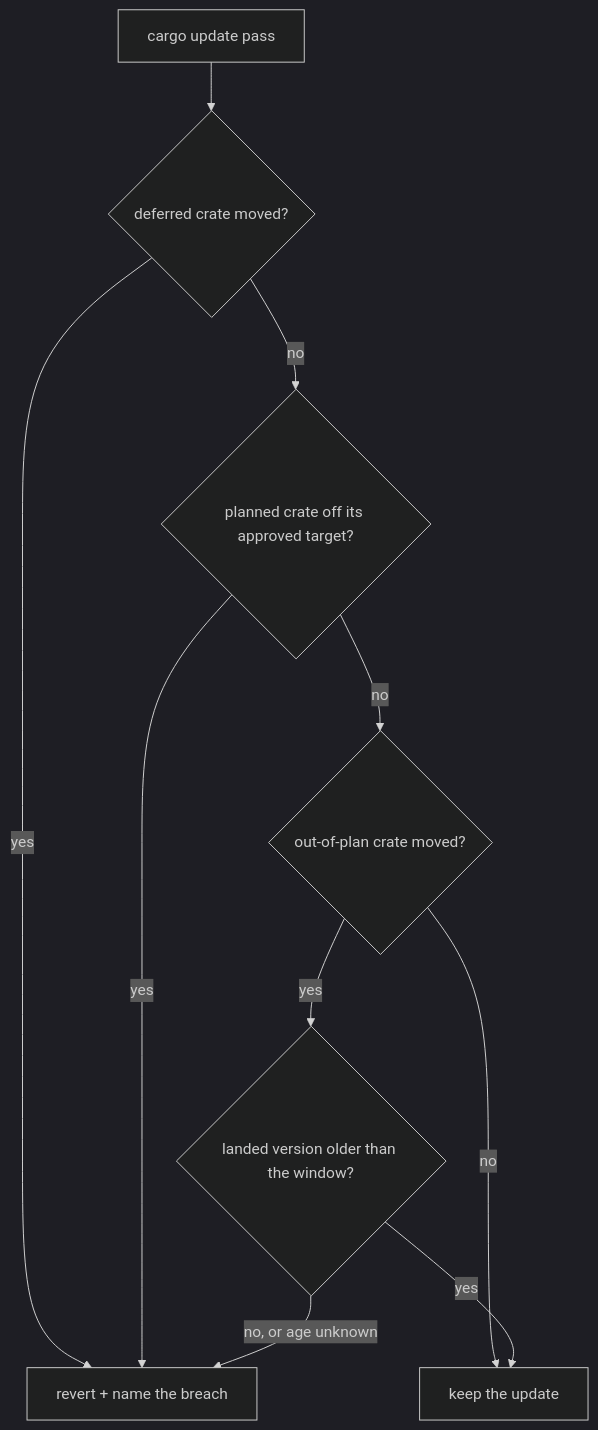
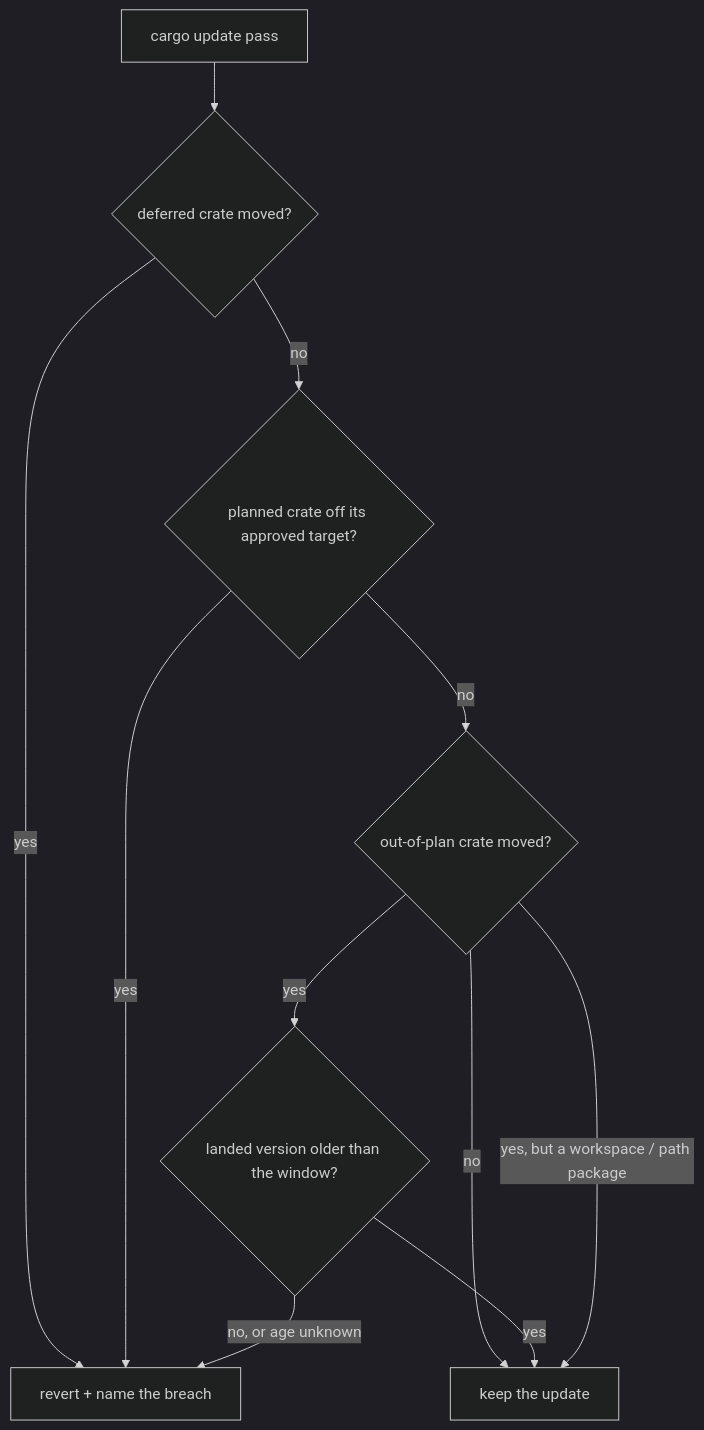
Before and after one commit to stSoftwareAU/NEAT-AI-core: the first of 4 diagrams in SECURITY.md, drawn with Mermaid (dark theme). The commit also changed other lines of this file and 3 other files, not shown here.

````diff
--- a/SECURITY.md
+++ b/SECURITY.md
@@ -149,12 +158,13 @@
 ```mermaid
 flowchart TD
     U["cargo update pass"] --> D{"deferred crate moved?"}
     D -->|yes| R["revert + name the breach"]
     D -->|no| P{"planned crate off its approved target?"}
     P -->|yes| R
     P -->|no| T{"out-of-plan crate moved?"}
     T -->|no| K["keep the update"]
     T -->|yes| A{"landed version older than the window?"}
     A -->|yes| K
     A -->|no, or age unknown| R
+    T -->|"yes, but a workspace / path package"| K
 ```
````
